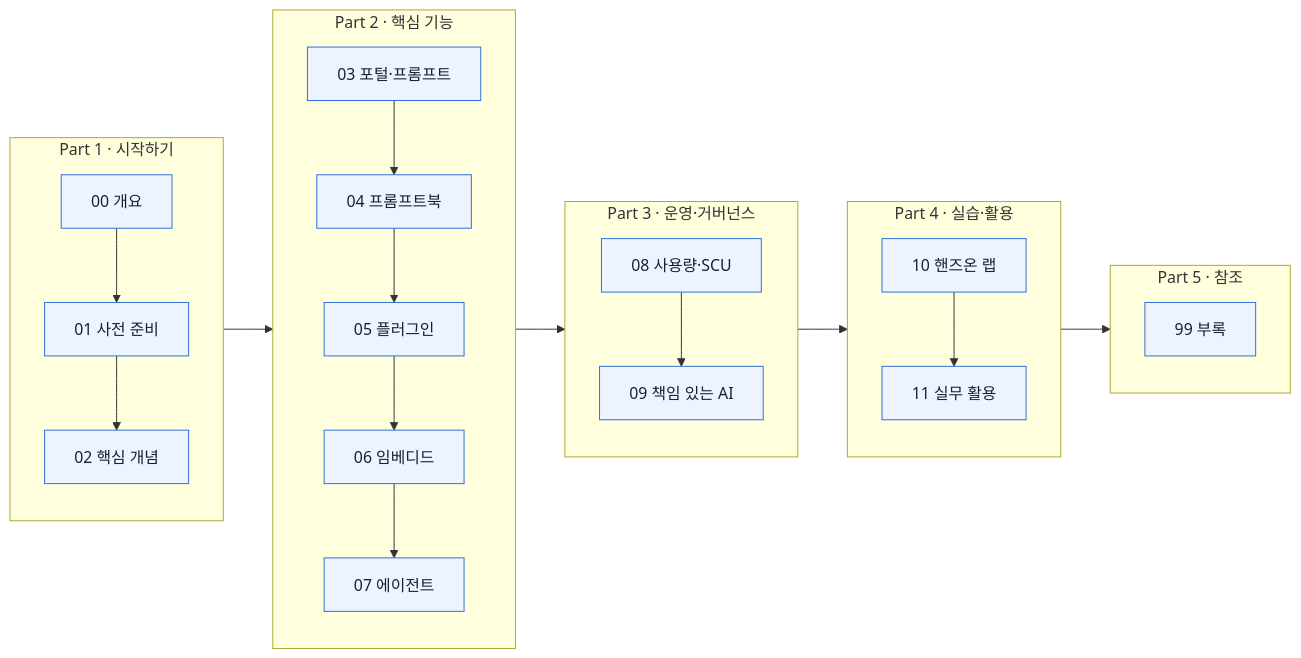
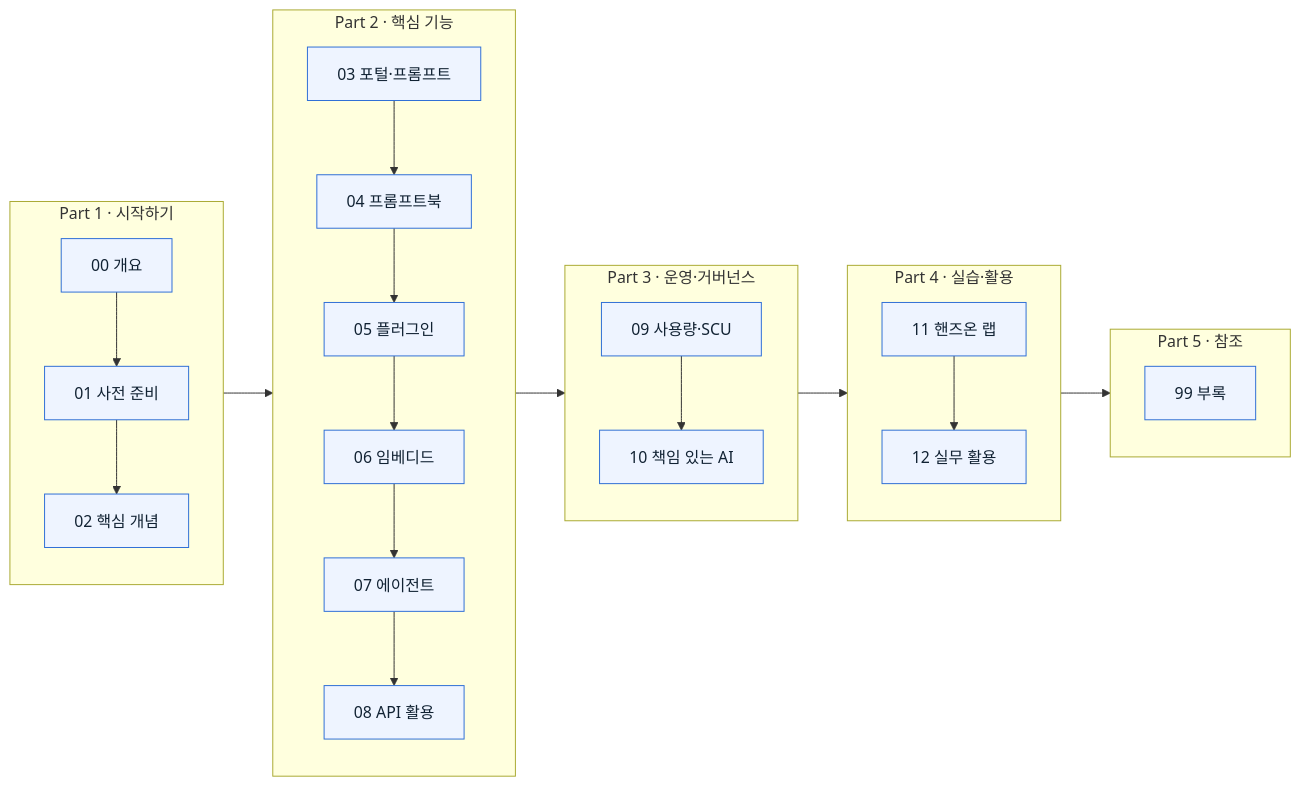
The diagram in README.md (akimcse/security-copilot-guide-kr), drawn with Mermaid before and after one commit. The commit also changed other lines of this file and 20 other files, not shown here.

First line of the commit message:
Add Ch08 API usage page; renumber chapters 08-11 to 09-12

````diff
--- a/README.md
+++ b/README.md
@@ -32,36 +32,37 @@
 ```mermaid
 flowchart LR
     subgraph P1["Part 1 · 시작하기"]
         A0["00 개요"] --> A1["01 사전 준비"] --> A2["02 핵심 개념"]
     end
     subgraph P2["Part 2 · 핵심 기능"]
-        B3["03 포털·프롬프트"] --> B4["04 프롬프트북"] --> B5["05 플러그인"] --> B6["06 임베디드"] --> B7["07 에이전트"]
+        B3["03 포털·프롬프트"] --> B4["04 프롬프트북"] --> B5["05 플러그인"] --> B6["06 임베디드"] --> B7["07 에이전트"] --> B8["08 API 활용"]
     end
     subgraph P3["Part 3 · 운영·거버넌스"]
-        C8["08 사용량·SCU"] --> C9["09 책임 있는 AI"]
+        C8["09 사용량·SCU"] --> C9["10 책임 있는 AI"]
     end
     subgraph P4["Part 4 · 실습·활용"]
-        D10["10 핸즈온 랩"] --> D11["11 실무 활용"]
+        D10["11 핸즈온 랩"] --> D11["12 실무 활용"]
     end
     subgraph P5["Part 5 · 참조"]
         D99["99 부록"]
     end
     P1 --> P2 --> P3 --> P4 --> P5
 
     click A0 "./00-overview.md" "00 개요"
     click A1 "./01-prerequisites.md" "01 사전 준비"
     click A2 "./02-concepts.md" "02 핵심 개념"
     click B3 "./03-standalone-portal.md" "03 Standalone 포털"
     click B4 "./04-promptbooks.md" "04 프롬프트북"
     click B5 "./05-plugins.md" "05 플러그인"
     click B6 "./06-embedded-experiences.md" "06 임베디드 경험"
     click B7 "./07-agents.md" "07 에이전트"
-    click C8 "./08-usage-monitoring.md" "08 사용량 모니터링"
-    click C9 "./09-responsible-ai.md" "09 책임 있는 AI"
-    click D10 "./10-handson-lab.md" "10 핸즈온 랩"
-    click D11 "./11-use-cases.md" "11 실무 활용"
+    click B8 "./08-api-usage.md" "08 API 활용"
+    click C8 "./09-usage-monitoring.md" "09 사용량 모니터링"
+    click C9 "./10-responsible-ai.md" "10 책임 있는 AI"
+    click D10 "./11-handson-lab.md" "11 핸즈온 랩"
+    click D11 "./12-use-cases.md" "12 실무 활용"
     click D99 "./99-troubleshooting.md" "99 부록"
 
     classDef node fill:#eef4ff,stroke:#2f6fd6,color:#123,stroke-width:1px;
-    class A0,A1,A2,B3,B4,B5,B6,B7,C8,C9,D10,D11,D99 node;
+    class A0,A1,A2,B3,B4,B5,B6,B7,B8,C8,C9,D10,D11,D99 node;
 ```
````
